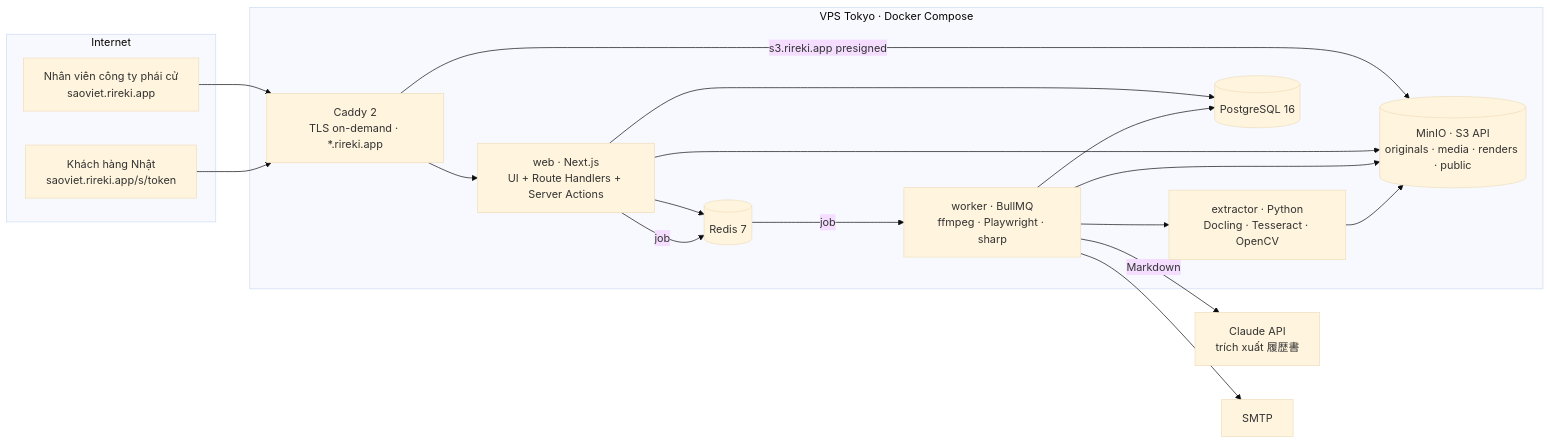
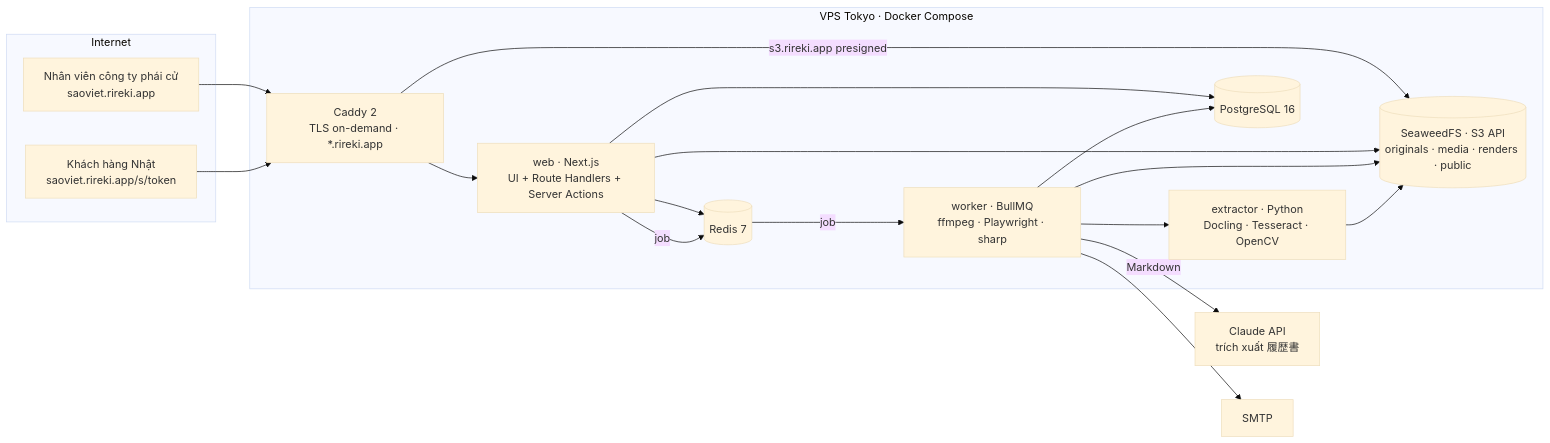
One commit to bangdh/rireki changed the first of 2 diagrams in docs/tech-stack.md. Above: the diagram before and after it, drawn with Mermaid (base theme). The commit also changed other lines of this file and 21 other files, not shown here.

First line of the commit message:
Replace MinIO with SeaweedFS as the self-hosted S3 server

````diff
--- a/docs/tech-stack.md
+++ b/docs/tech-stack.md
@@ -27,33 +27,33 @@
 ```mermaid
 flowchart LR
   subgraph Internet
     Staff[Nhân viên công ty phái cử<br/>saoviet.rireki.app]
     Client[Khách hàng Nhật<br/>saoviet.rireki.app/s/token]
   end
   subgraph VPS["VPS Tokyo · Docker Compose"]
     Caddy[Caddy 2<br/>TLS on-demand · *.rireki.app]
     Web[web · Next.js<br/>UI + Route Handlers + Server Actions]
     Worker[worker · BullMQ<br/>ffmpeg · Playwright · sharp]
     Extractor[extractor · Python<br/>Docling · Tesseract · OpenCV]
     PG[(PostgreSQL 16)]
     Redis[(Redis 7)]
-    MinIO[(MinIO · S3 API<br/>originals · media · renders · public)]
+    S3[(SeaweedFS · S3 API<br/>originals · media · renders · public)]
   end
   Claude[Claude API<br/>trích xuất 履歴書]
   SMTP[SMTP]
   Staff --> Caddy
   Client --> Caddy
   Caddy --> Web
-  Caddy -->|s3.rireki.app presigned| MinIO
+  Caddy -->|s3.rireki.app presigned| S3
   Web --> PG
   Web --> Redis
-  Web --> MinIO
+  Web --> S3
   Web -->|job| Redis
   Redis -->|job| Worker
-  Worker --> MinIO
+  Worker --> S3
   Worker --> PG
   Worker --> Extractor
-  Extractor --> MinIO
+  Extractor --> S3
   Worker -->|Markdown| Claude
   Worker --> SMTP
 ```
````
